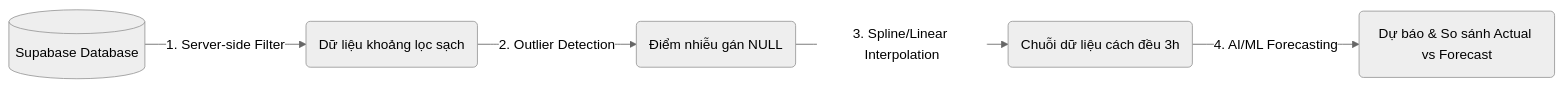
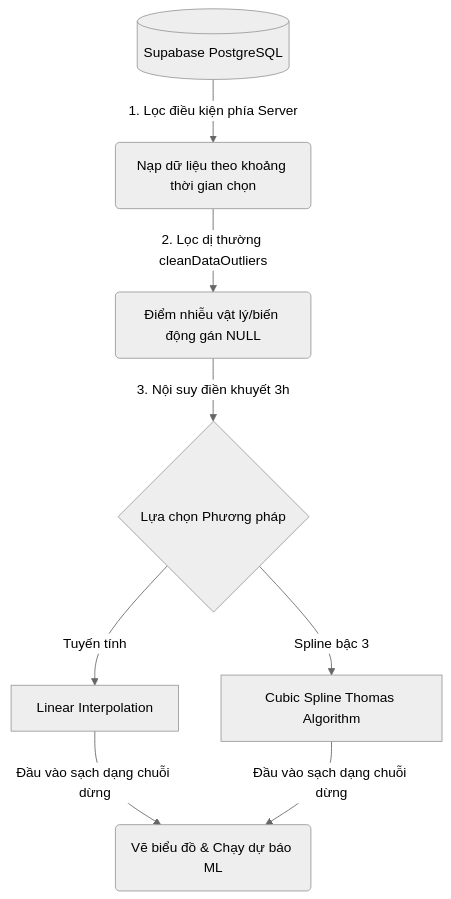
Before and after one commit to chuvitvang/WebGIS_dashboad_thuyvan: the fourth of 8 diagrams in README.md, drawn with Mermaid (neutral theme). The commit also changed other lines of this file and 2 other files, not shown here.

````diff
--- a/README.md
+++ b/README.md
@@ -181,7 +165,9 @@
 ```mermaid
-flowchart LR
-    A[(Supabase Database)] -->|1. Server-side Filter| B(Dữ liệu khoảng lọc sạch)
-    B -->|2. Outlier Detection| C(Điểm nhiễu gán NULL)
-    C -->|3. Spline/Linear Interpolation| D(Chuỗi dữ liệu cách đều 3h)
-    D -->|4. AI/ML Forecasting| E(Dự báo & So sánh Actual vs Forecast)
+flowchart TD
+    A[(Supabase PostgreSQL)] -->|1. Lọc điều kiện phía Server| B(Nạp dữ liệu theo khoảng thời gian chọn)
+    B -->|2. Lọc dị thường cleanDataOutliers| C(Điểm nhiễu vật lý/biến động gán NULL)
+    C -->|3. Nội suy điền khuyết 3h| D{Lựa chọn Phương pháp}
+    D -->|Tuyến tính| E[Linear Interpolation]
+    D -->|Spline bậc 3| F[Cubic Spline Thomas Algorithm]
+    E & F -->|Đầu vào sạch dạng chuỗi dừng| G(Vẽ biểu đồ & Chạy dự báo ML)
 ```
````
